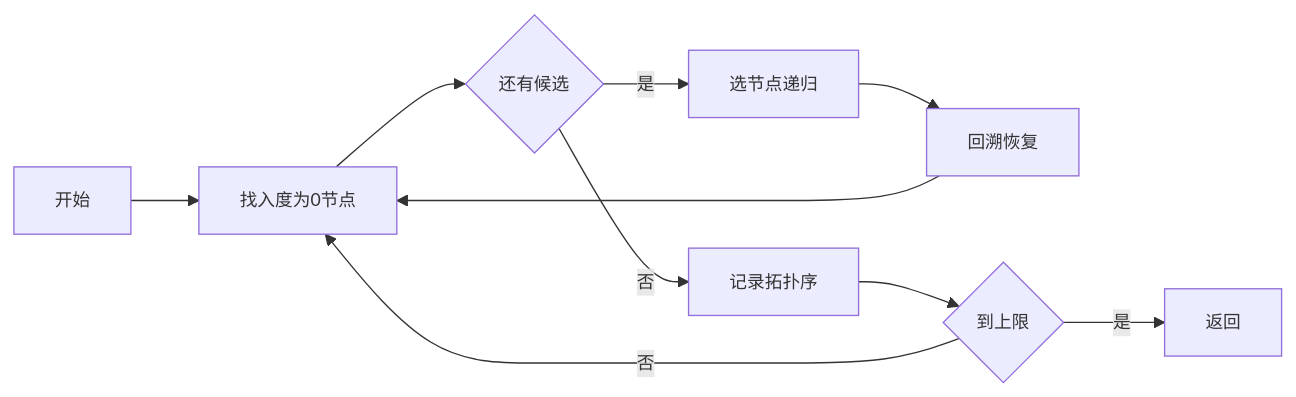
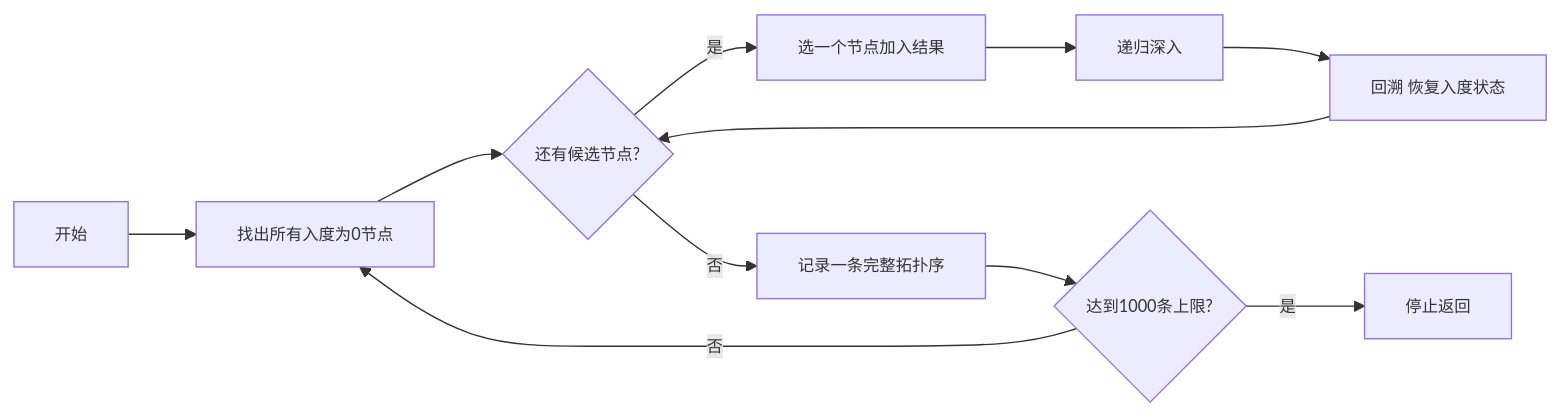
One commit to yyj138/topological-sort changed the second of 2 diagrams in README.md. Above: the diagram before and after it, drawn with Mermaid. The commit also changed other lines of this file, not shown here.

````diff
--- a/README.md
+++ b/README.md
@@ -64,13 +76,14 @@
 ```mermaid
-%%{init: {'themeVariables': {'fontSize': '13px', 'fontFamily': 'Microsoft YaHei'}}}%%
+%%{init: {'themeVariables': {'fontSize': '12px', 'fontFamily': 'Microsoft YaHei'}}}%%
 flowchart LR
-    S[开始] --> A[找入度为0节点]
-    A --> B{还有候选}
-    B -->|是| C[选节点递归]
-    C --> D[回溯恢复]
-    D --> A
-    B -->|否| E[记录拓扑序]
-    E --> F{到上限}
-    F -->|否| A
-    F -->|是| G[返回]
+    S[开始] --> A[找出所有入度为0节点]
+    A --> B{还有候选节点?}
+    B -->|是| C[选一个节点加入结果]
+    C --> D[递归深入]
+    D --> E[回溯 恢复入度状态]
+    E --> B
+    B -->|否| F[记录一条完整拓扑序]
+    F --> G{达到1000条上限?}
+    G -->|否| A
+    G -->|是| H[停止返回]
 ```
````
